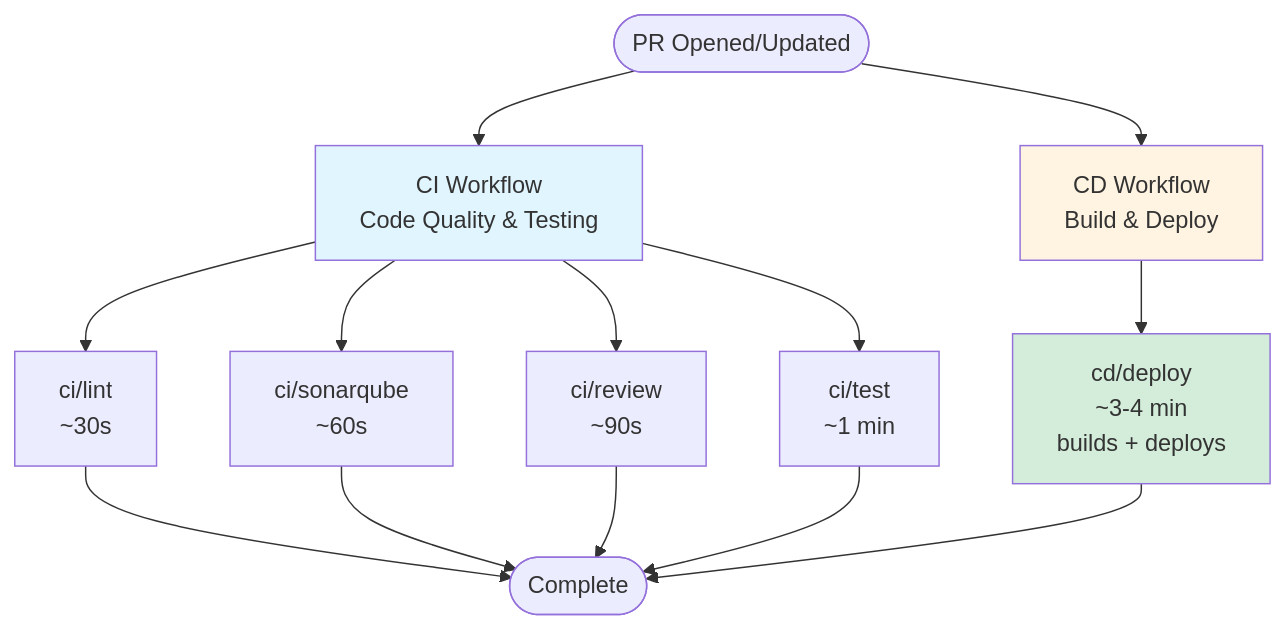
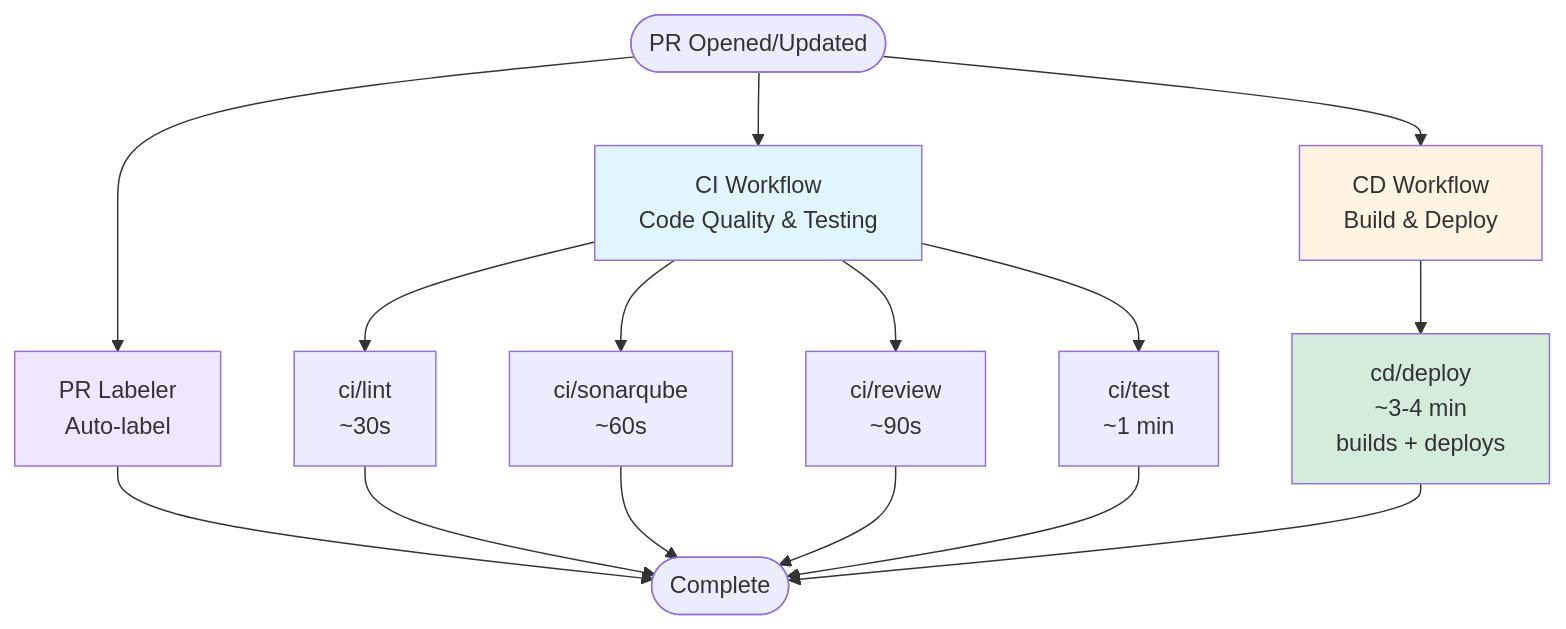
One commit to jalantechnologies/flask-react-template changed the diagram in docs/deployment.md. Above: the diagram before and after it, drawn with Mermaid. The commit also changed other lines of this file and 3 other files, not shown here.

````diff
--- a/docs/deployment.md
+++ b/docs/deployment.md
@@ -136,24 +136,27 @@
 ```mermaid
 graph TB
     Start([PR Opened/Updated])
 
     Start --> CI[CI Workflow<br/>Code Quality & Testing]
     Start --> CD[CD Workflow<br/>Build & Deploy]
+    Start --> Label[PR Labeler<br/>Auto-label]
 
     CI --> Lint[ci/lint<br/>~30s]
     CI --> Sonar[ci/sonarqube<br/>~60s]
     CI --> Review[ci/review<br/>~90s]
     CI --> Test[ci/test<br/>~1 min]
 
     CD --> Deploy[cd/deploy<br/>~3-4 min<br/>builds + deploys]
 
-    Lint --> End([Complete])
+    Label --> End([Complete])
+    Lint --> End
     Sonar --> End
     Review --> End
     Test --> End
     Deploy --> End
 
     style CI fill:#e1f5ff
     style CD fill:#fff4e1
     style Deploy fill:#d4edda
+    style Label fill:#f0e6ff
 ```
````
